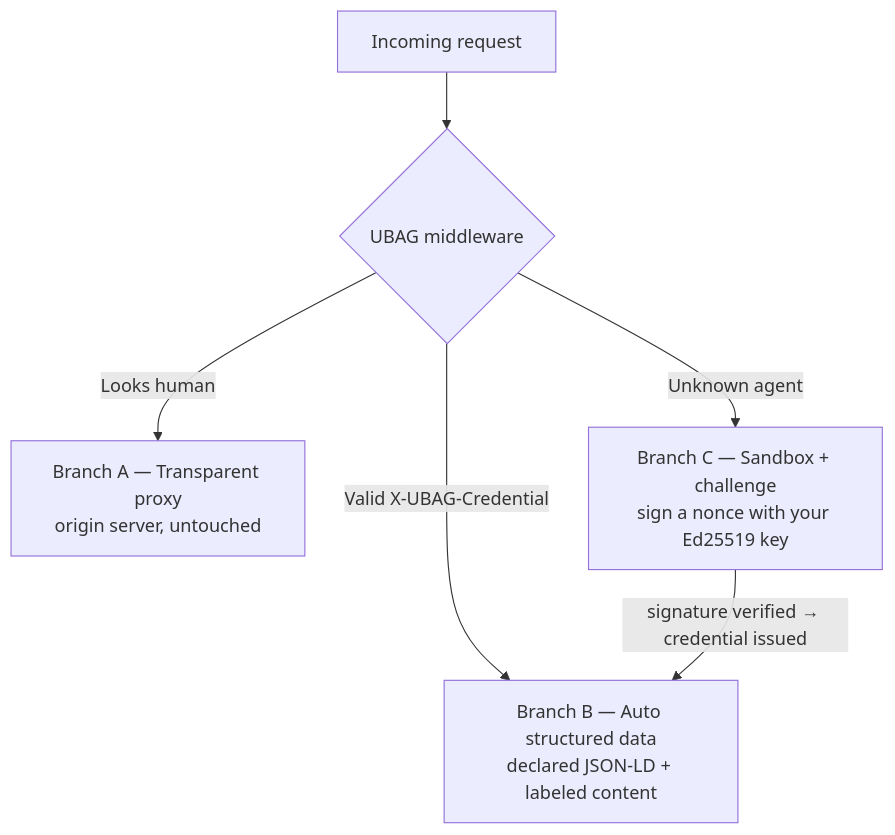
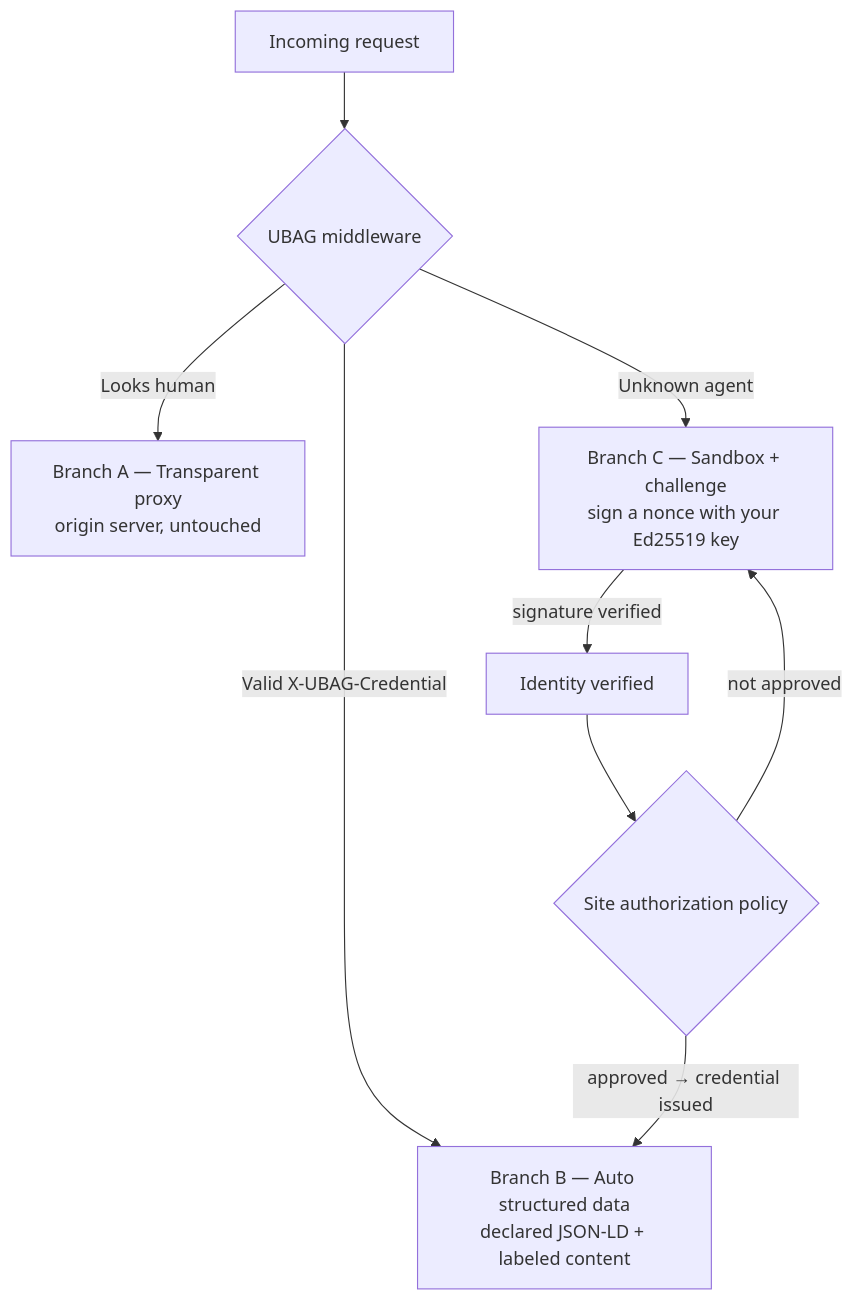
Before and after one commit to mohameduk/Ubag_protocol: the diagram in README.md, drawn with Mermaid. The commit also changed other lines of this file and 29 other files, not shown here.

````diff
--- a/README.md
+++ b/README.md
@@ -58,8 +58,11 @@
 ```mermaid
 flowchart TD
     R[Incoming request] --> M{UBAG middleware}
     M -->|Valid X-UBAG-Credential| B["Branch B — Auto structured data<br/>declared JSON-LD + labeled content"]
     M -->|Looks human| A["Branch A — Transparent proxy<br/>origin server, untouched"]
     M -->|Unknown agent| C["Branch C — Sandbox + challenge<br/>sign a nonce with your Ed25519 key"]
-    C -->|signature verified → credential issued| B
+    C -->|signature verified| I["Identity verified"]
+    I --> P{Site authorization policy}
+    P -->|approved → credential issued| B
+    P -->|not approved| C
 ```
````
